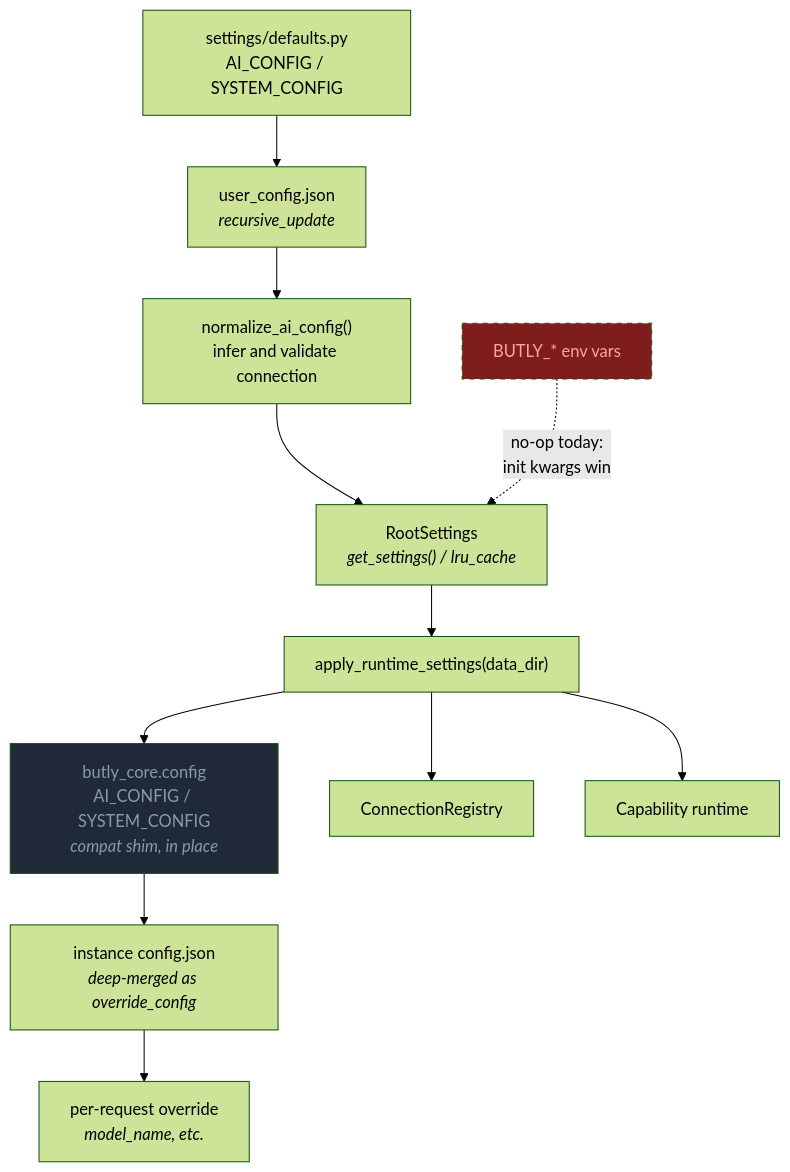
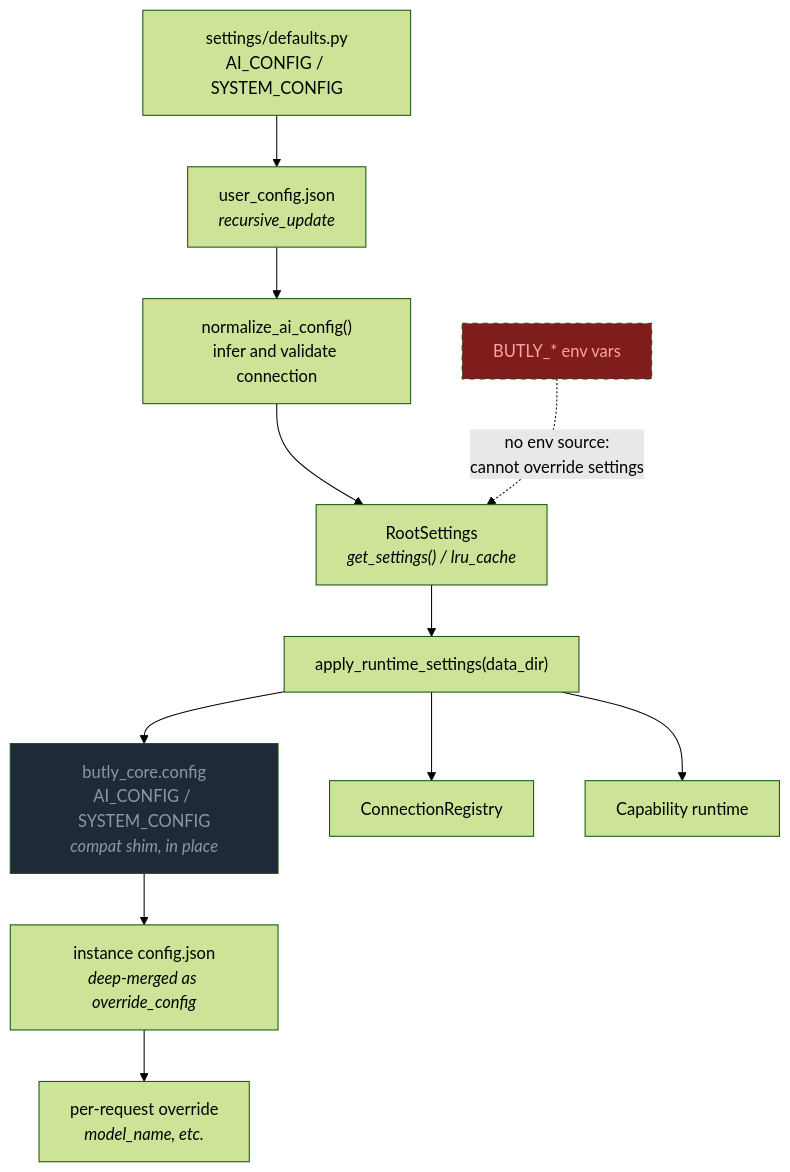
One commit to unagisann/Butly changed the tenth of 11 diagrams in docs/reference/DIAGRAMS.md. Above: the diagram before and after it, drawn with Mermaid (forest theme). The commit also changed 13 other files, not shown here.

````diff
--- a/docs/reference/DIAGRAMS.md
+++ b/docs/reference/DIAGRAMS.md
@@ -342,16 +342,16 @@
 ```mermaid
 flowchart TD
     D["settings/defaults.py<br/>AI_CONFIG / SYSTEM_CONFIG"] --> U["user_config.json<br/><i>recursive_update</i>"]
     U --> NORM["normalize_ai_config()<br/>infer and validate connection"]
     NORM --> RS["RootSettings<br/><i>get_settings() / lru_cache</i>"]
     RS --> BOOT["apply_runtime_settings(data_dir)"]
     BOOT --> LEG["butly_core.config<br/>AI_CONFIG / SYSTEM_CONFIG<br/><i>compat shim, in place</i>"]
     BOOT --> CREG["ConnectionRegistry"]
     BOOT --> CRT["Capability runtime"]
     LEG --> INST["instance config.json<br/><i>deep-merged as override_config</i>"]
     INST --> REQ["per-request override<br/><i>model_name, etc.</i>"]
-    ENV["BUTLY_* env vars"] -.->|no-op today:<br/>init kwargs win| RS
+    ENV["BUTLY_* env vars"] -.->|no env source:<br/>cannot override settings| RS
 
     style ENV fill:#7f1d1d,color:#fca5a5,stroke-dasharray: 5 5
     style LEG fill:#1f2937,color:#8899aa
 ```
````
